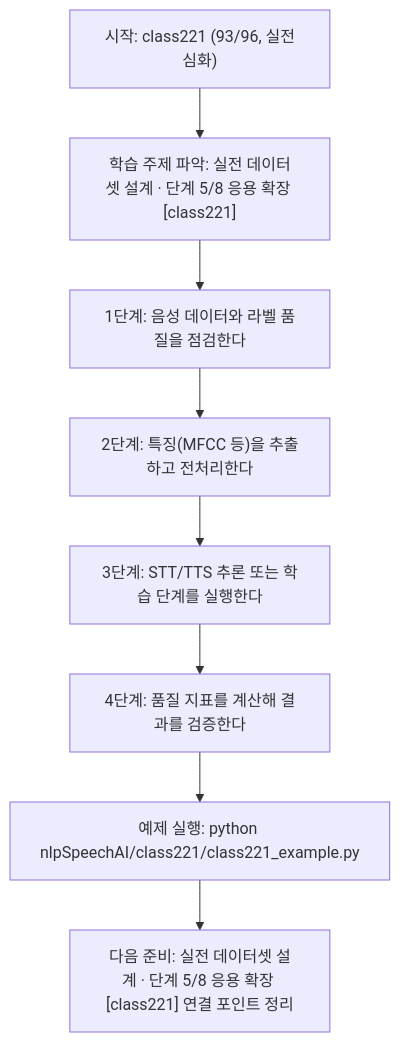
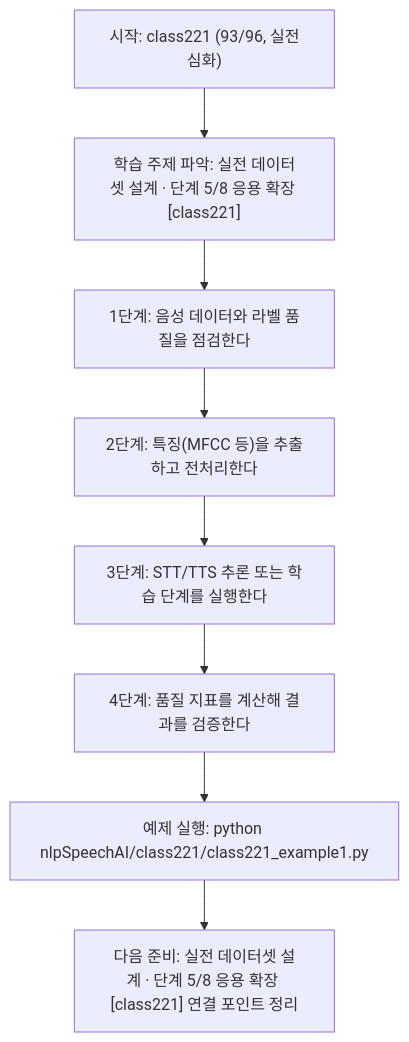
One commit to edumgt/Python-AI_Agent-Class changed the diagram in nlpSpeechAI/class221/class221.md. Above: the diagram before and after it, drawn with Mermaid. The commit also changed other lines of this file and 2959 other files, not shown here.

````diff
--- a/nlpSpeechAI/class221/class221.md
+++ b/nlpSpeechAI/class221/class221.md
@@ -114,18 +114,18 @@
 ```mermaid
 flowchart TD
 N1["시작: class221 (93/96, 실전심화)"]
 N2["학습 주제 파악: 실전 데이터셋 설계 · 단계 5/8 응용 확장 [class221]"]
 N3["1단계: 음성 데이터와 라벨 품질을 점검한다"]
 N4["2단계: 특징(MFCC 등)을 추출하고 전처리한다"]
 N5["3단계: STT/TTS 추론 또는 학습 단계를 실행한다"]
 N6["4단계: 품질 지표를 계산해 결과를 검증한다"]
-N7["예제 실행: python nlpSpeechAI/class221/class221_example.py"]
+N7["예제 실행: python nlpSpeechAI/class221/class221_example1.py"]
 N8["다음 준비: 실전 데이터셋 설계 · 단계 5/8 응용 확장 [class221] 연결 포인트 정리"]
 N1 --> N2
 N2 --> N3
 N3 --> N4
 N4 --> N5
 N5 --> N6
 N6 --> N7
 N7 --> N8
 ```
````
